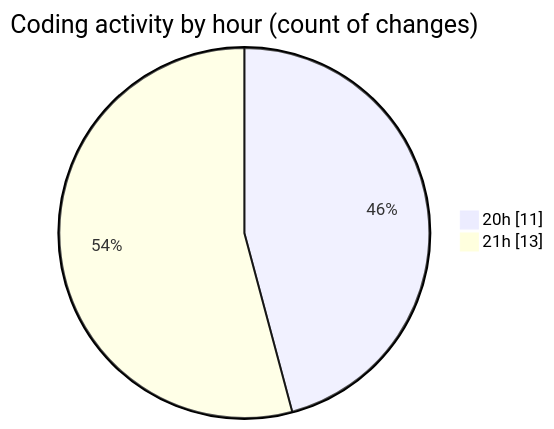
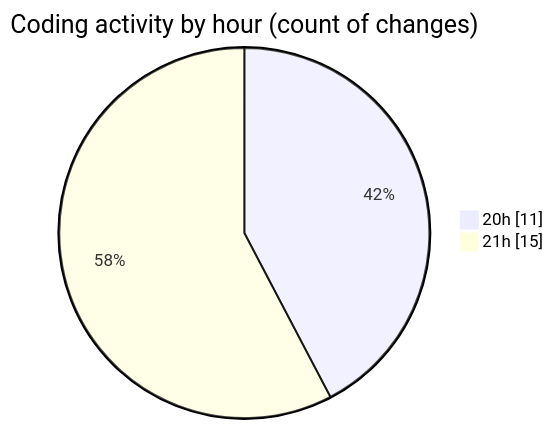
One commit to idhammustaqopulfikri/code-tracking changed the second of 2 diagrams in 2025-04-10/test/README.md. Above: the diagram before and after it, drawn with Mermaid. The commit also changed other lines of this file and 1 other file, not shown here.

````diff
--- a/2025-04-10/test/README.md
+++ b/2025-04-10/test/README.md
@@ -43,6 +45,6 @@
 ```mermaid
 pie showData
 title Coding activity by hour (count of changes)
 "20h" : 11
-"21h" : 13
+"21h" : 15
 ```
````
